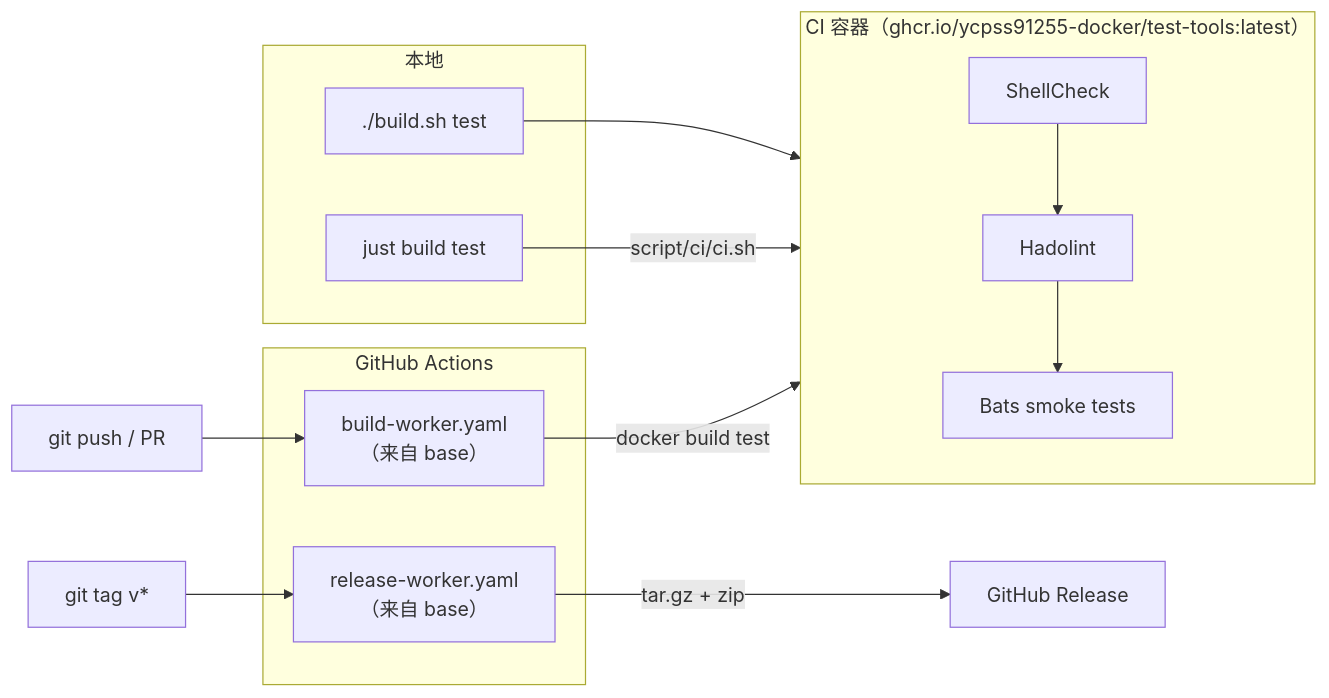
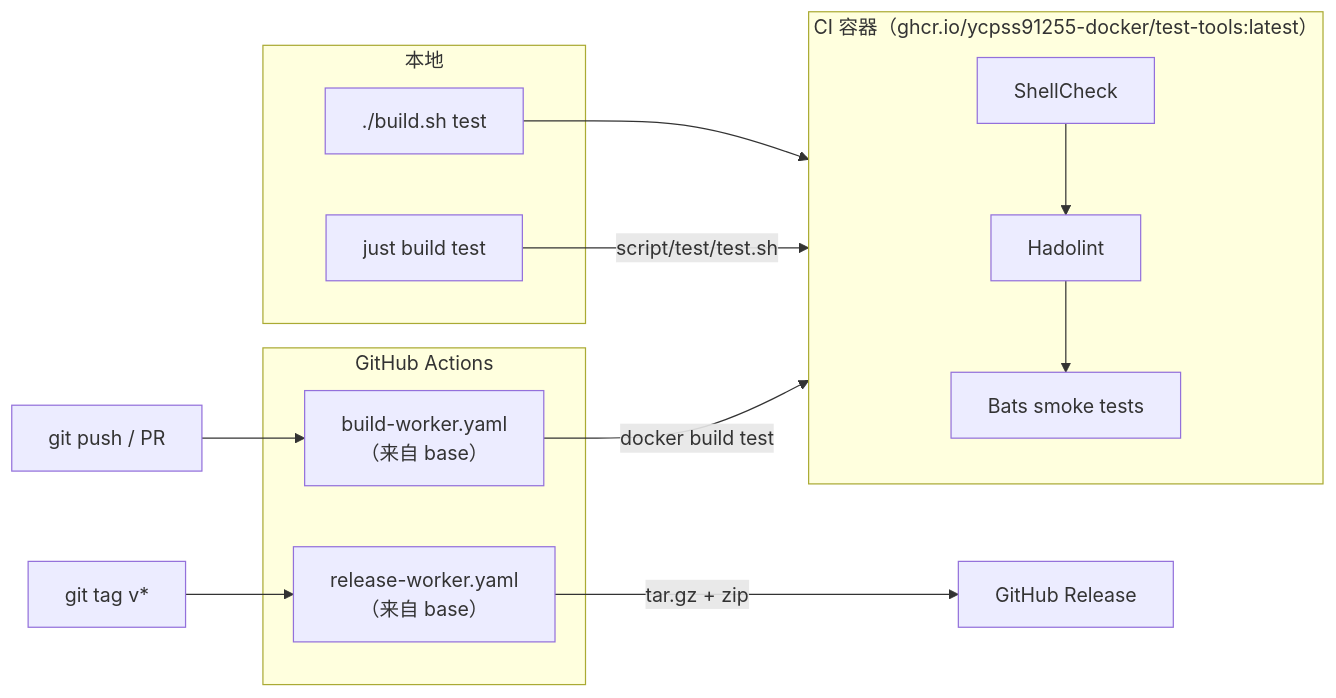
Before and after one commit to ycpss91255-docker/base: the second of 2 diagrams in doc/readme/README.zh-CN.md, drawn with Mermaid. The commit also changed other lines of this file and 24 other files, not shown here.

First line of the commit message:
refactor(test): rename ci namespace -> test (script/ci->script/test, ci.sh->test.sh, justfile.ci->justfile.test) (#650) (#660)

````diff
--- a/doc/readme/README.zh-CN.md
+++ b/doc/readme/README.zh-CN.md
@@ -104,27 +104,27 @@
 ```mermaid
 flowchart LR
     subgraph local["本地"]
         build_test["./build.sh test"]
         make_test["just build test"]
     end
 
     subgraph ci_container["CI 容器（ghcr.io/ycpss91255-docker/test-tools:latest）"]
         shellcheck["ShellCheck"]
         hadolint["Hadolint"]
         bats["Bats smoke tests"]
     end
 
     subgraph github["GitHub Actions"]
         build_worker["build-worker.yaml<br/>（来自 base）"]
         release_worker["release-worker.yaml<br/>（来自 base）"]
     end
 
     build_test --> ci_container
-    make_test -->|"script/ci/ci.sh"| ci_container
+    make_test -->|"script/test/test.sh"| ci_container
     shellcheck --> hadolint --> bats
 
     push["git push / PR"] --> build_worker
     build_worker -->|"docker build test"| ci_container
     tag["git tag v*"] --> release_worker
     release_worker -->|"tar.gz + zip"| release["GitHub Release"]
 ```
````
